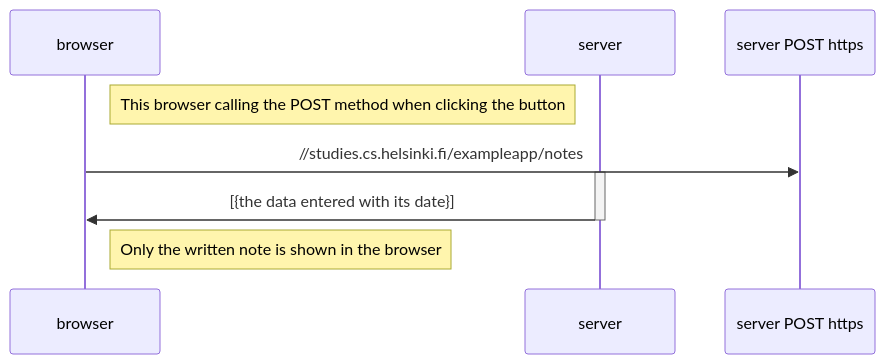
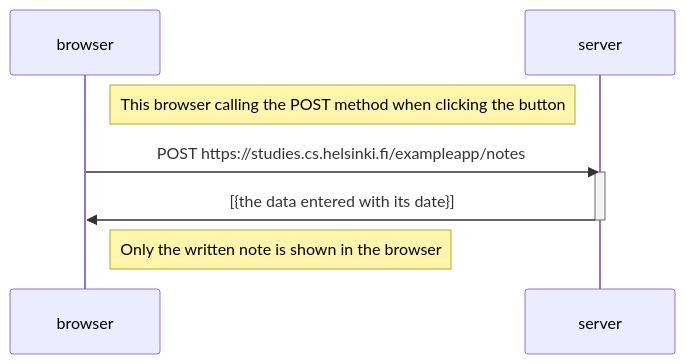
The diagram in Part0/exercise4.md (CristianGedalge/FSO), drawn with Mermaid before and after one commit. The commit also changed 1 other file, not shown here.

Commit message:
corrected part 0

````diff
--- a/Part0/exercise4.md
+++ b/Part0/exercise4.md
@@ -1,14 +1,14 @@
 ```mermaid
 sequenceDiagram
    participant browser
    participant server
 
    Note right of browser: This browser calling the POST method when clicking the button
 
-   browser->>server POST https://studies.cs.helsinki.fi/exampleapp/notes
+   browser->>server: POST https://studies.cs.helsinki.fi/exampleapp/notes
    activate server
    server->>browser: [{the data entered with its date}]
    deactivate server
 
    Note right of browser: Only the written note is shown in the browser
 ```
````
